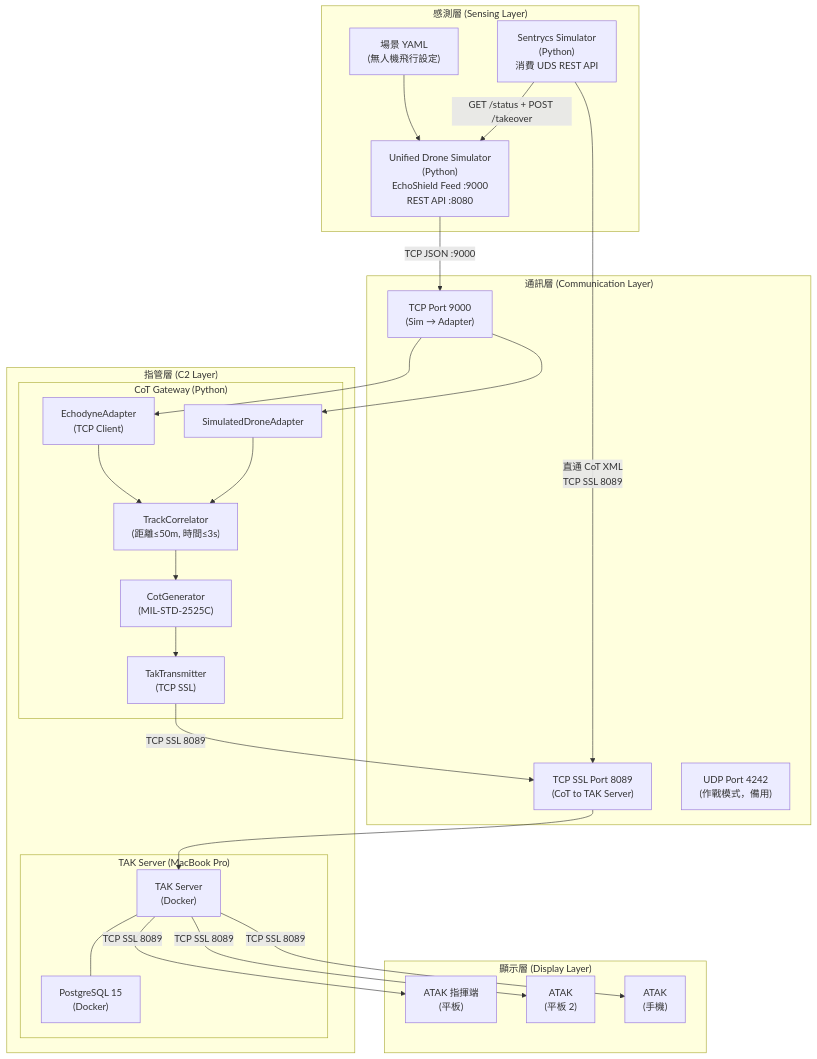
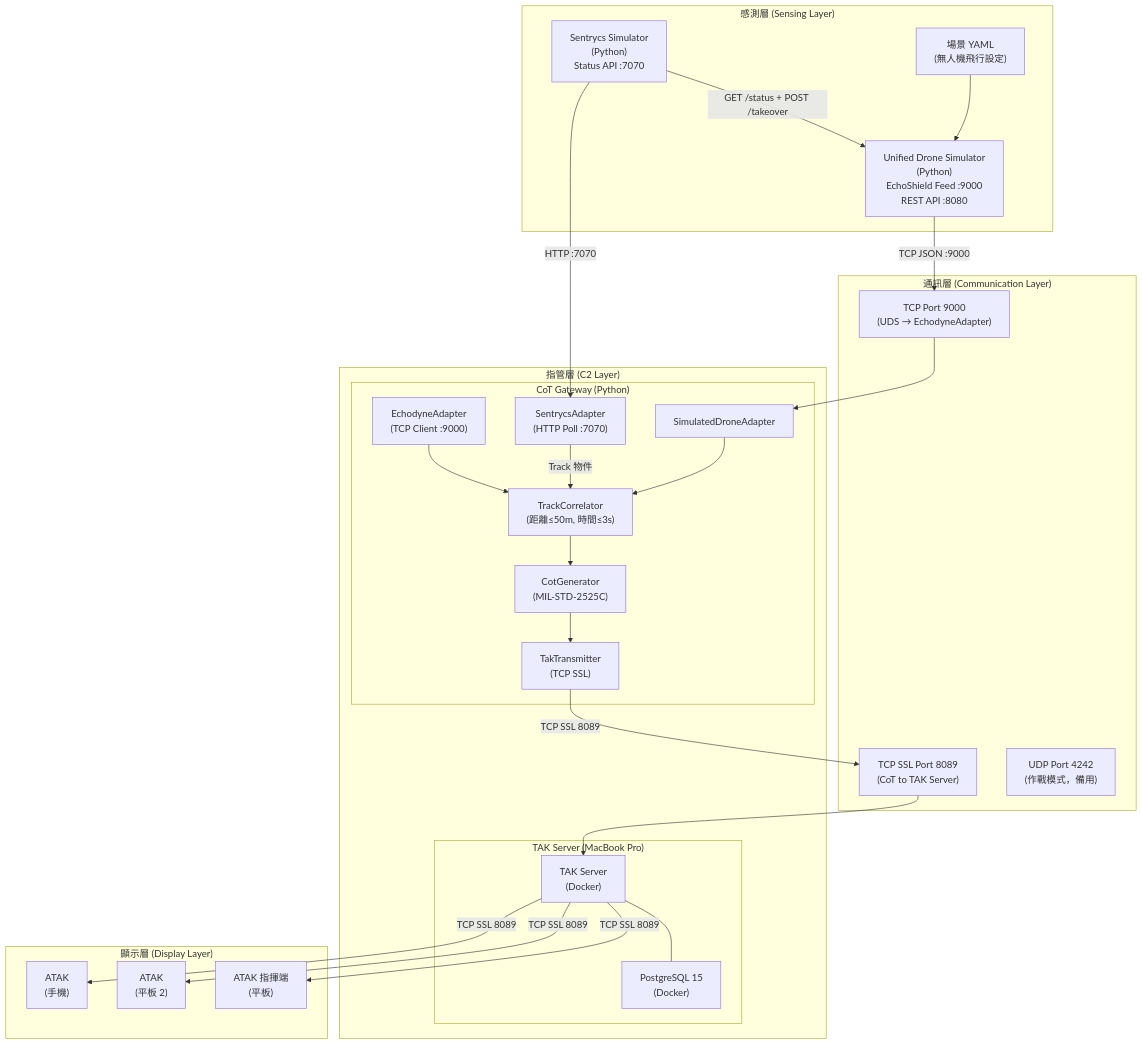
Before and after one commit to aplool-tw/cics-tak-demo: the first of 4 diagrams in docs/system-docs/01-system-architecture.md, drawn with Mermaid. The commit also changed other lines of this file and 5 other files, not shown here.

````diff
--- a/docs/system-docs/01-system-architecture.md
+++ b/docs/system-docs/01-system-architecture.md
@@ -54,52 +54,55 @@
 ```mermaid
 
 flowchart TB
     subgraph SENSE["感測層 (Sensing Layer)"]
         UDS["Unified Drone Simulator\n(Python)\nEchoShield Feed :9000\nREST API :8080"]
-        SC["Sentrycs Simulator\n(Python)\n消費 UDS REST API"]
+        SC["Sentrycs Simulator\n(Python)\nStatus API :7070"]
         DS["場景 YAML\n(無人機飛行設定)"]
     end
 
     subgraph COMM["通訊層 (Communication Layer)"]
-        TCP_SIM["TCP Port 9000\n(Sim → Adapter)"]
+        TCP_SIM["TCP Port 9000\n(UDS → EchodyneAdapter)"]
+        
         TCP_SSL["TCP SSL Port 8089\n(CoT to TAK Server)"]
         UDP_42["UDP Port 4242\n(作戰模式，備用)"]
     end
 
     subgraph C2["指管層 (C2 Layer)"]
         subgraph GW["CoT Gateway (Python)"]
-            EA["EchodyneAdapter\n(TCP Client)"]
+            EA["EchodyneAdapter\n(TCP Client :9000)"]
             SDA["SimulatedDroneAdapter"]
+            SA["SentrycsAdapter\n(HTTP Poll :7070)"]
             TC["TrackCorrelator\n(距離≤50m, 時間≤3s)"]
             CG["CotGenerator\n(MIL-STD-2525C)"]
             TT["TakTransmitter\n(TCP SSL)"]
         end
         subgraph TAK["TAK Server (MacBook Pro)"]
             TAKSVR["TAK Server\n(Docker)"]
             PSQL["PostgreSQL 15\n(Docker)"]
         end
     end
 
     subgraph DISPLAY["顯示層 (Display Layer)"]
         ATAK_C["ATAK 指揮端\n(平板)"]
         ATAK_T["ATAK\n(平板 2)"]
         ATAK_P["ATAK\n(手機)"]
     end
 
     DS --> UDS
+    SC -->|GET /status + POST /takeover| UDS
     UDS -->|TCP JSON :9000| TCP_SIM
-    TCP_SIM --> EA
+    SC -->|"HTTP :7070"| SA
+
+    SA -->|Track 物件| TC
     TCP_SIM --> SDA
     EA --> TC
     SDA --> TC
     TC --> CG
     CG --> TT
     TT -->|TCP SSL 8089| TCP_SSL
-    SC -->|GET /status + POST /takeover| UDS
-    SC -->|直通 CoT XML\nTCP SSL 8089| TCP_SSL
     TCP_SSL --> TAKSVR
     TAKSVR --- PSQL
     TAKSVR -->|TCP SSL 8089| ATAK_C
     TAKSVR -->|TCP SSL 8089| ATAK_T
     TAKSVR -->|TCP SSL 8089| ATAK_P
 ```
````
